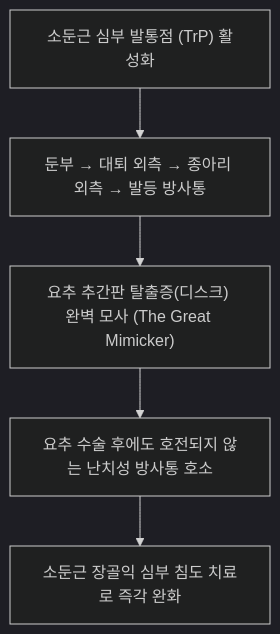
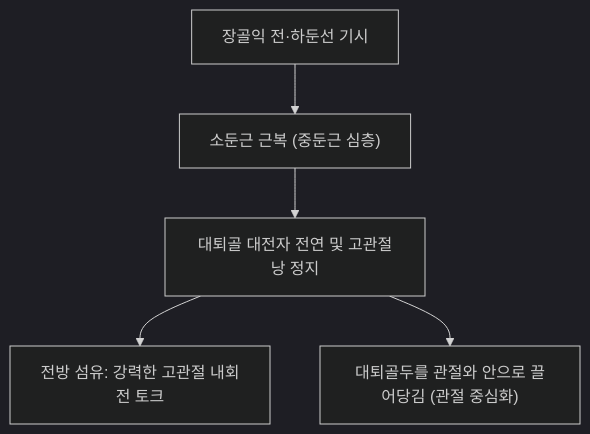
One commit to simbio11/simbio-digital-garden2 changed the diagram in content/1. 근골격계 공부/근육/(10) 둔부/소둔근.md. Above: the diagram before and after it, drawn with Mermaid (dark theme). The commit also changed other lines of this file and 150 other files, not shown here.

````diff
--- a/content/1. 근골격계 공부/근육/(10) 둔부/소둔근.md
+++ b/content/1. 근골격계 공부/근육/(10) 둔부/소둔근.md
@@ -48,7 +53,7 @@
 ```mermaid
 graph TD
-    GluteMinTrP["소둔근 심부 발통점 (TrP) 활성화"] --> SciaticaPattern["둔부 → 대퇴 외측 → 종아리 외측 → 발등 방사통"]
-    SciaticaPattern --> PseudoDisc["요추 추간판 탈출증(디스크) 완벽 모사 (The Great Mimicker)"]
-    PseudoDisc --> Misdiagnosis["요추 수술 후에도 호전되지 않는 난치성 방사통 호소"]
-    Misdiagnosis --> DeepNeedling["소둔근 장골익 심부 침도 치료로 즉각 완화"]
+    IliacOrigin["장골익 전·하둔선 기시"] --> MinimusBelly["소둔근 근복 (중둔근 심층)"]
+    MinimusBelly --> TrochanterInsertion["대퇴골 대전자 전연 및 고관절낭 정지"]
+    TrochanterInsertion --> AnteriorFibers["전방 섬유: 강력한 고관절 내회전 토크"]
+    TrochanterInsertion --> DynamicCentration["대퇴골두를 관절와 안으로 끌어당김 (관절 중심화)"]
 ```
````
